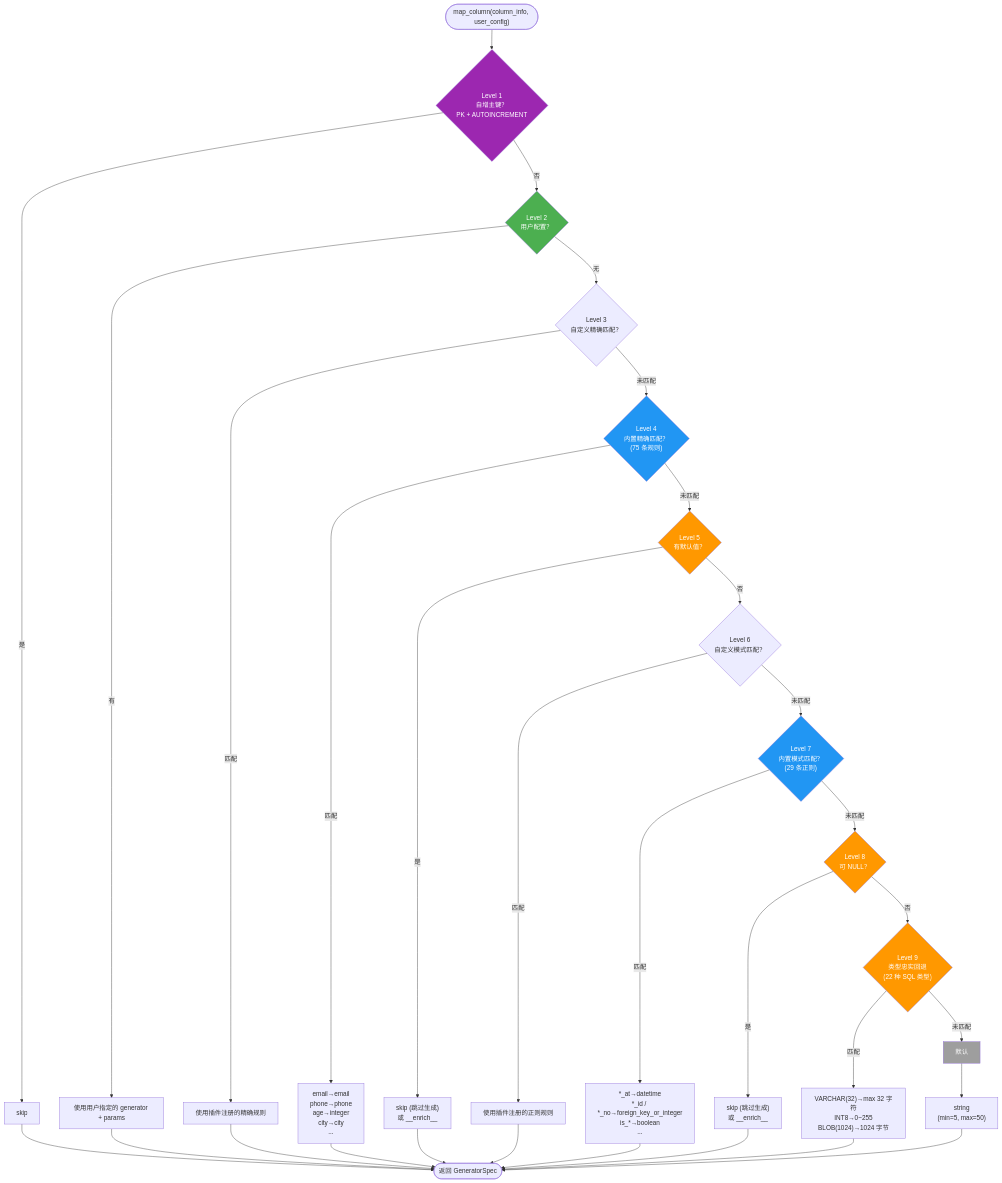
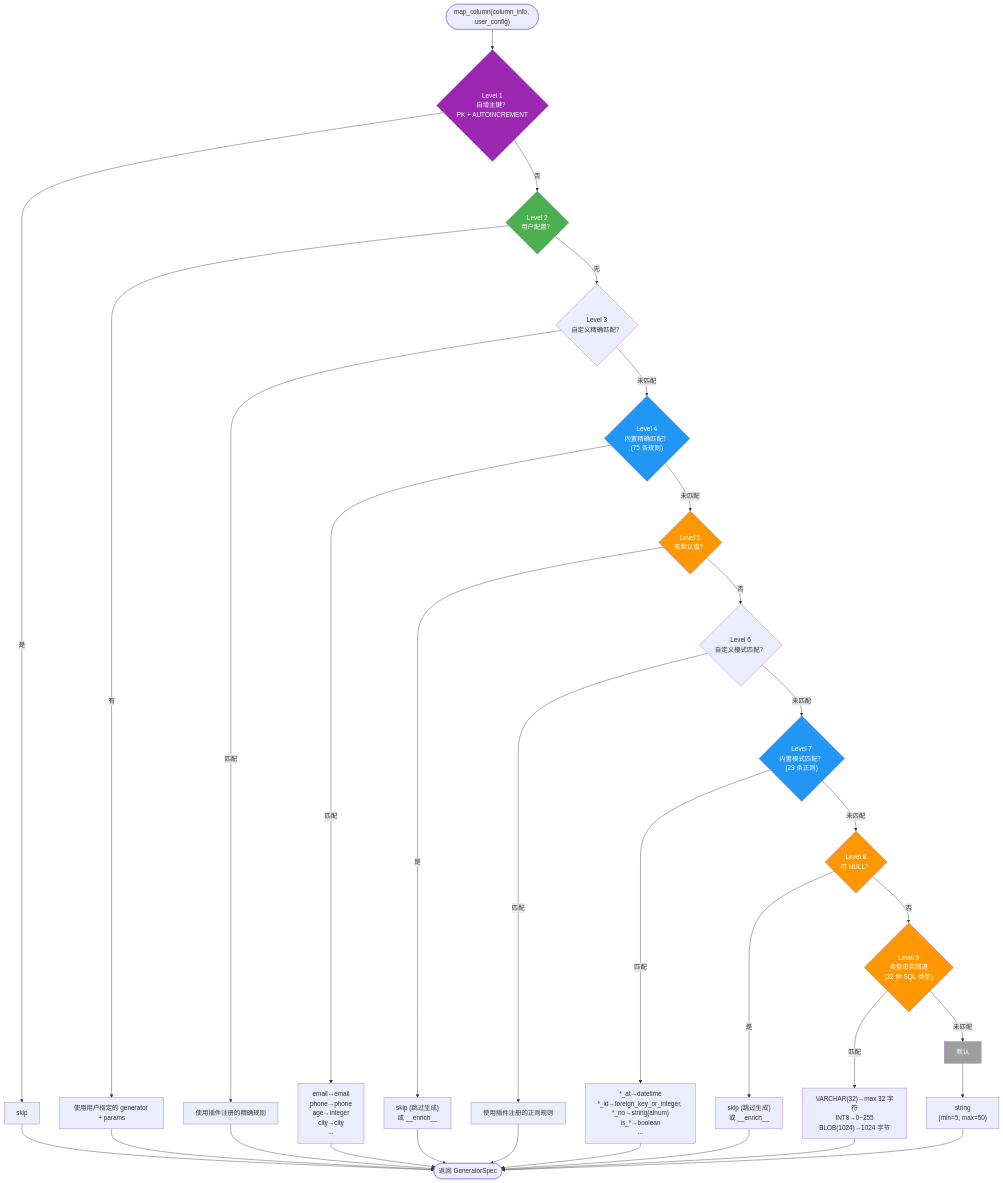
One commit to sunbos/sqlseed changed the third of 11 diagrams in docs/architecture.zh-CN.md. Above: the diagram before and after it, drawn with Mermaid. The commit also changed other lines of this file and 21 other files, not shown here.

````diff
--- a/docs/architecture.zh-CN.md
+++ b/docs/architecture.zh-CN.md
@@ -211,53 +211,53 @@
 ```mermaid
 flowchart TD
     Start(["map_column(column_info, user_config)"]) --> L1
 
     L1{"Level 1<br/>自增主键？<br/>PK + AUTOINCREMENT"} -->|是| R1["skip"]
     L1 -->|否| L2
 
     L2{"Level 2<br/>用户配置？"} -->|有| R2["使用用户指定的 generator + params"]
     L2 -->|无| L3
 
     L3{"Level 3<br/>自定义精确匹配？"} -->|匹配| R3["使用插件注册的精确规则"]
     L3 -->|未匹配| L4
 
     L4{"Level 4<br/>内置精确匹配？<br/>(<!-- BEGIN:AUTO-GENERATED:exact-match-rule-count -->75<!-- END:AUTO-GENERATED:exact-match-rule-count --> 条规则)"} -->|匹配| R4["email→email<br/>phone→phone<br/>age→integer<br/>city→city<br/>..."]
     L4 -->|未匹配| L5
 
     L5{"Level 5<br/>有默认值？"} -->|是| R5["skip (跳过生成)<br/>或 __enrich__"]
     L5 -->|否| L6
 
     L6{"Level 6<br/>自定义模式匹配？"} -->|匹配| R6["使用插件注册的正则规则"]
     L6 -->|未匹配| L7
 
-    L7{"Level 7<br/>内置模式匹配？<br/>(<!-- BEGIN:AUTO-GENERATED:pattern-match-rule-count -->29<!-- END:AUTO-GENERATED:pattern-match-rule-count --> 条正则)"} -->|匹配| R7["*_at→datetime<br/>*_id / *_no→foreign_key_or_integer<br/>is_*→boolean<br/>..."]
+    L7{"Level 7<br/>内置模式匹配？<br/>(<!-- BEGIN:AUTO-GENERATED:pattern-match-rule-count -->29<!-- END:AUTO-GENERATED:pattern-match-rule-count --> 条正则)"} -->|匹配| R7["*_at→datetime<br/>*_id→foreign_key_or_integer, *_no→string(alnum)<br/>is_*→boolean<br/>..."]
     L7 -->|未匹配| L8
 
     L8{"Level 8<br/>可 NULL？"} -->|是| R8["skip (跳过生成)<br/>或 __enrich__"]
     L8 -->|否| L9
 
-    L9{"Level 9<br/>类型忠实回退<br/>(22 种 SQL 类型)"} -->|匹配| R9["VARCHAR(32)→max 32 字符<br/>INT8→0~255<br/>BLOB(1024)→1024 字节"]
+    L9{"Level 9<br/>类型忠实回退<br/>(32 种 SQL 类型)"} -->|匹配| R9["VARCHAR(32)→max 32 字符<br/>INT8→0~255<br/>BLOB(1024)→1024 字节"]
     L9 -->|未匹配| L10
 
     L10["默认"] --> R10["string<br/>(min=5, max=50)"]
 
     R1 --> Done(["返回 GeneratorSpec"])
     R2 --> Done
     R3 --> Done
     R4 --> Done
     R5 --> Done
     R6 --> Done
     R7 --> Done
     R8 --> Done
     R9 --> Done
     R10 --> Done
 
     style L1 fill:#9C27B0,color:#fff
     style L2 fill:#4CAF50,color:#fff
     style L4 fill:#2196F3,color:#fff
     style L5 fill:#FF9800,color:#fff
     style L7 fill:#2196F3,color:#fff
     style L8 fill:#FF9800,color:#fff
     style L9 fill:#FF9800,color:#fff
     style L10 fill:#9E9E9E,color:#fff
 ```
````
